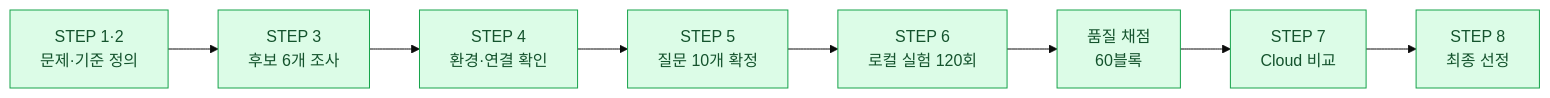
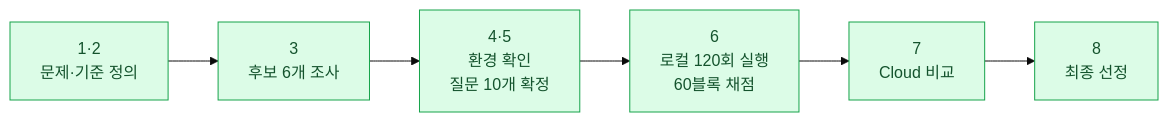
Before and after one commit to ho-yu/kant-llm-project-01: the first of 2 diagrams in README.md, drawn with Mermaid (base theme). The commit also changed other lines of this file, not shown here.

````diff
--- a/README.md
+++ b/README.md
@@ -17,13 +21,11 @@
 ```mermaid
 flowchart LR
-    S1["STEP 1·2<br/>문제·기준 정의"] --> S3["STEP 3<br/>후보 6개 조사"]
-    S3 --> S4["STEP 4<br/>환경·연결 확인"]
-    S4 --> S5["STEP 5<br/>질문 10개 확정"]
-    S5 --> S6["STEP 6<br/>로컬 실험 120회"]
-    S6 --> SC["품질 채점<br/>60블록"]
-    SC --> S7["STEP 7<br/>Cloud 비교"]
-    S7 --> S8["STEP 8<br/>최종 선정"]
+    A["1·2<br/>문제·기준 정의"] --> B["3<br/>후보 6개 조사"]
+    B --> C["4·5<br/>환경 확인<br/>질문 10개 확정"]
+    C --> D["6<br/>로컬 120회 실행<br/>60블록 채점"]
+    D --> E["7<br/>Cloud 비교"]
+    E --> F["8<br/>최종 선정"]
 
-    classDef done fill:#dcfce7,stroke:#16a34a,color:#14532d
-    class S1,S3,S4,S5,S6,SC,S7,S8 done
+    classDef s fill:#dcfce7,stroke:#16a34a,color:#14532d
+    class A,B,C,D,E,F s
 ```
````
